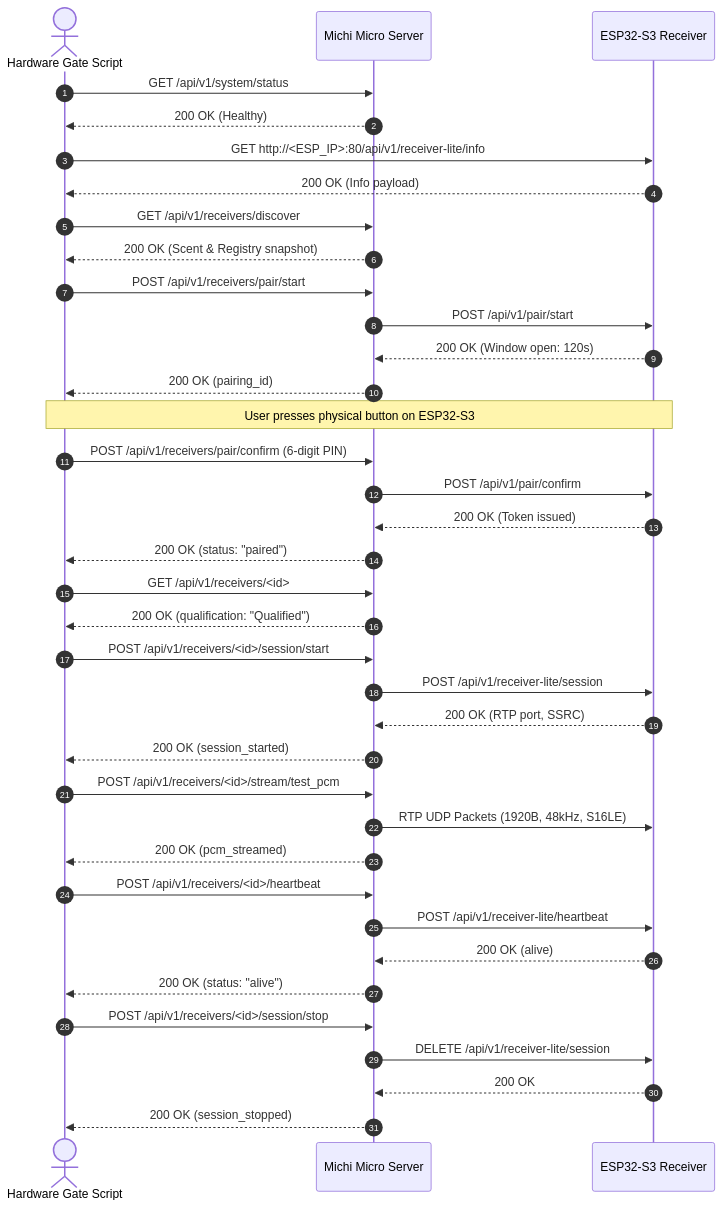
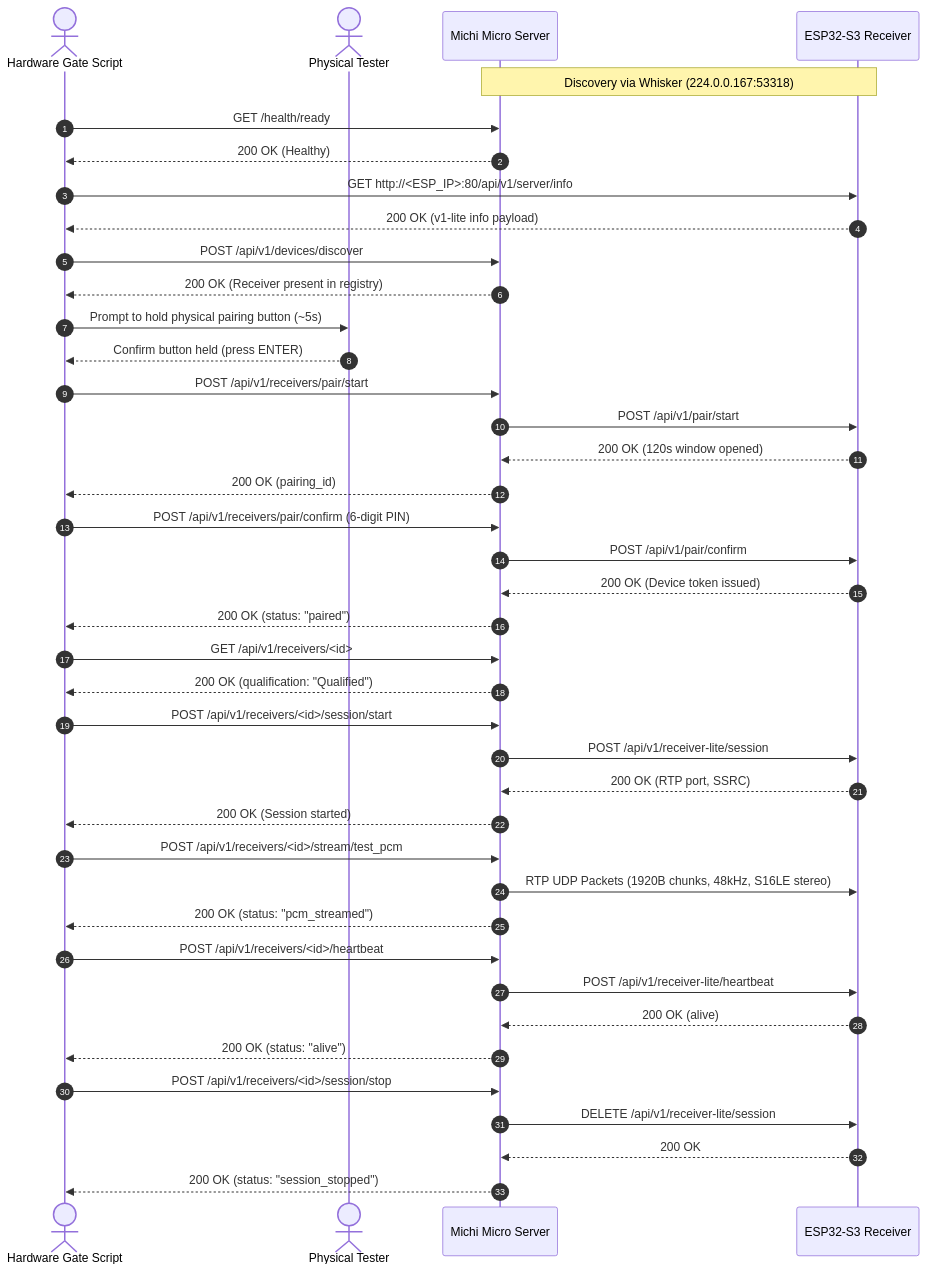
One commit to pitydah/michi-micro-server changed the diagram in docs/ESP32_HARDWARE_GATE.md. Above: the diagram before and after it, drawn with Mermaid. The commit also changed other lines of this file and 8 other files, not shown here.

Commit message:
feat(receivers): refine qualification enum, gate test PCM, prevent supervisor deadlock, and overhaul hardware gate runner

````diff
--- a/docs/ESP32_HARDWARE_GATE.md
+++ b/docs/ESP32_HARDWARE_GATE.md
@@ -28,50 +30,53 @@
 ```mermaid
 sequenceDiagram
     autonumber
     actor Runner as Hardware Gate Script
+    actor User as Physical Tester
     participant Server as Michi Micro Server
     participant ESP as ESP32-S3 Receiver
 
-    Runner->>Server: GET /api/v1/system/status
+    Note over Server,ESP: Discovery via Whisker (224.0.0.167:53318)
+    Runner->>Server: GET /health/ready
     Server-->>Runner: 200 OK (Healthy)
 
-    Runner->>ESP: GET http://<ESP_IP>:80/api/v1/receiver-lite/info
-    ESP-->>Runner: 200 OK (Info payload)
+    Runner->>ESP: GET http://<ESP_IP>:80/api/v1/server/info
+    ESP-->>Runner: 200 OK (v1-lite info payload)
 
-    Runner->>Server: GET /api/v1/receivers/discover
-    Server-->>Runner: 200 OK (Scent & Registry snapshot)
+    Runner->>Server: POST /api/v1/devices/discover
+    Server-->>Runner: 200 OK (Receiver present in registry)
+
+    Runner->>User: Prompt to hold physical pairing button (~5s)
+    User-->>Runner: Confirm button held (press ENTER)
 
     Runner->>Server: POST /api/v1/receivers/pair/start
     Server->>ESP: POST /api/v1/pair/start
-    ESP-->>Server: 200 OK (Window open: 120s)
+    ESP-->>Server: 200 OK (120s window opened)
     Server-->>Runner: 200 OK (pairing_id)
-
-    Note over Runner,ESP: User presses physical button on ESP32-S3
 
     Runner->>Server: POST /api/v1/receivers/pair/confirm (6-digit PIN)
     Server->>ESP: POST /api/v1/pair/confirm
-    ESP-->>Server: 200 OK (Token issued)
+    ESP-->>Server: 200 OK (Device token issued)
     Server-->>Runner: 200 OK (status: "paired")
 
     Runner->>Server: GET /api/v1/receivers/<id>
     Server-->>Runner: 200 OK (qualification: "Qualified")
 
     Runner->>Server: POST /api/v1/receivers/<id>/session/start
     Server->>ESP: POST /api/v1/receiver-lite/session
     ESP-->>Server: 200 OK (RTP port, SSRC)
-    Server-->>Runner: 200 OK (session_started)
+    Server-->>Runner: 200 OK (Session started)
 
     Runner->>Server: POST /api/v1/receivers/<id>/stream/test_pcm
-    Server->>ESP: RTP UDP Packets (1920B, 48kHz, S16LE)
-    Server-->>Runner: 200 OK (pcm_streamed)
+    Server->>ESP: RTP UDP Packets (1920B chunks, 48kHz, S16LE stereo)
+    Server-->>Runner: 200 OK (status: "pcm_streamed")
 
     Runner->>Server: POST /api/v1/receivers/<id>/heartbeat
     Server->>ESP: POST /api/v1/receiver-lite/heartbeat
     ESP-->>Server: 200 OK (alive)
     Server-->>Runner: 200 OK (status: "alive")
 
     Runner->>Server: POST /api/v1/receivers/<id>/session/stop
     Server->>ESP: DELETE /api/v1/receiver-lite/session
     ESP-->>Server: 200 OK
-    Server-->>Runner: 200 OK (session_stopped)
+    Server-->>Runner: 200 OK (status: "session_stopped")
 ```
````
